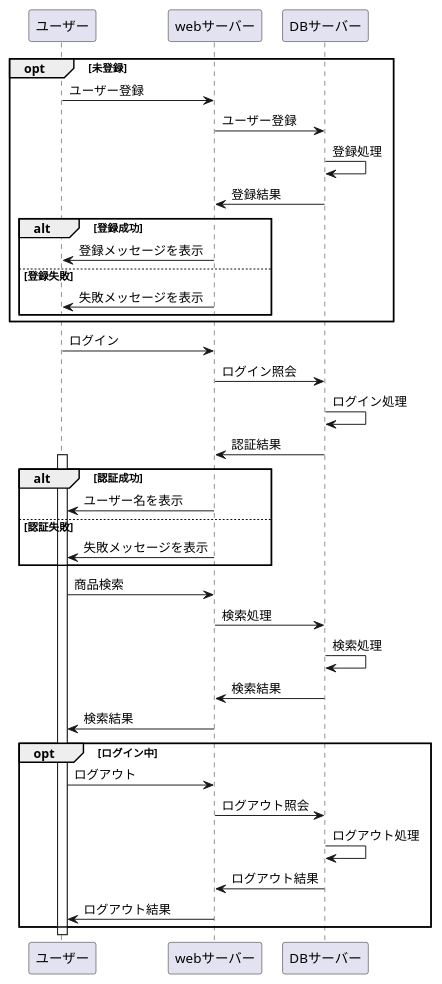
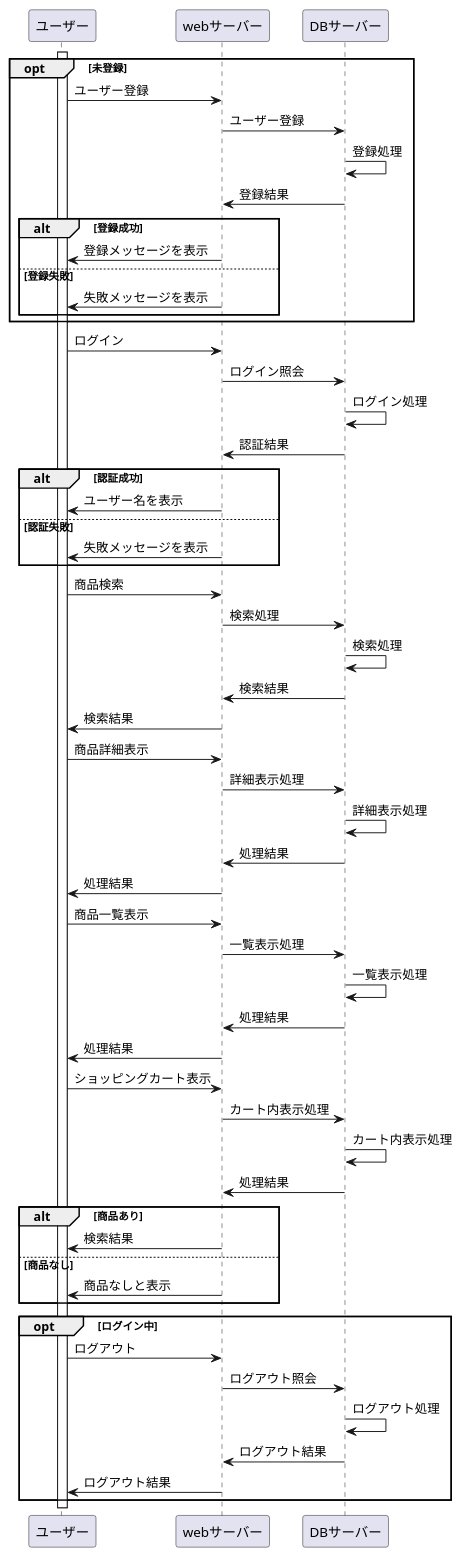
Before and after one commit to Aso2001160/2021sys-design: the diagram in samplef.md, drawn with PlantUML.

````diff
--- a/samplef.md
+++ b/samplef.md
@@ -1,44 +1,65 @@
 ```uml
 @startuml
 opt 未登録
 ユーザー->webサーバー:ユーザー登録
 webサーバー->DBサーバー:ユーザー登録
 DBサーバー->DBサーバー:登録処理
 DBサーバー->webサーバー:登録結果
  alt 登録成功
   webサーバー->ユーザー:登録メッセージを表示
  else 登録失敗
   webサーバー->ユーザー:失敗メッセージを表示
  end
 end
 
 
 ユーザー->webサーバー:ログイン
 webサーバー->DBサーバー:ログイン照会
 DBサーバー->DBサーバー:ログイン処理
 DBサーバー->webサーバー:認証結果
 
-activate ユーザー
 alt 認証成功
  webサーバー->ユーザー:ユーザー名を表示
 else 認証失敗
  webサーバー->ユーザー:失敗メッセージを表示
 end
 
 ユーザー->webサーバー:商品検索
 webサーバー->DBサーバー:検索処理
 DBサーバー->DBサーバー:検索処理
 DBサーバー->webサーバー:検索結果
 webサーバー->ユーザー:検索結果
 
+ユーザー->webサーバー:商品詳細表示
+webサーバー->DBサーバー:詳細表示処理
+DBサーバー->DBサーバー:詳細表示処理
+DBサーバー->webサーバー:処理結果
+webサーバー->ユーザー:処理結果
+
+ユーザー->webサーバー:商品一覧表示
+webサーバー->DBサーバー:一覧表示処理
+DBサーバー->DBサーバー:一覧表示処理
+DBサーバー->webサーバー:処理結果
+webサーバー->ユーザー:処理結果
+
+ユーザー->webサーバー:ショッピングカート表示
+webサーバー->DBサーバー:カート内表示処理
+DBサーバー->DBサーバー:カート内表示処理
+DBサーバー->webサーバー:処理結果
+alt 商品あり
+webサーバー->ユーザー:検索結果
+else 商品なし
+webサーバー->ユーザー:商品なしと表示
+end
+
 opt ログイン中
 ユーザー->webサーバー:ログアウト
 webサーバー->DBサーバー:ログアウト照会
 DBサーバー->DBサーバー:ログアウト処理
 DBサーバー->webサーバー:ログアウト結果
 webサーバー->ユーザー:ログアウト結果
 end
 
 activate ユーザー
 @enduml
 ```
````
